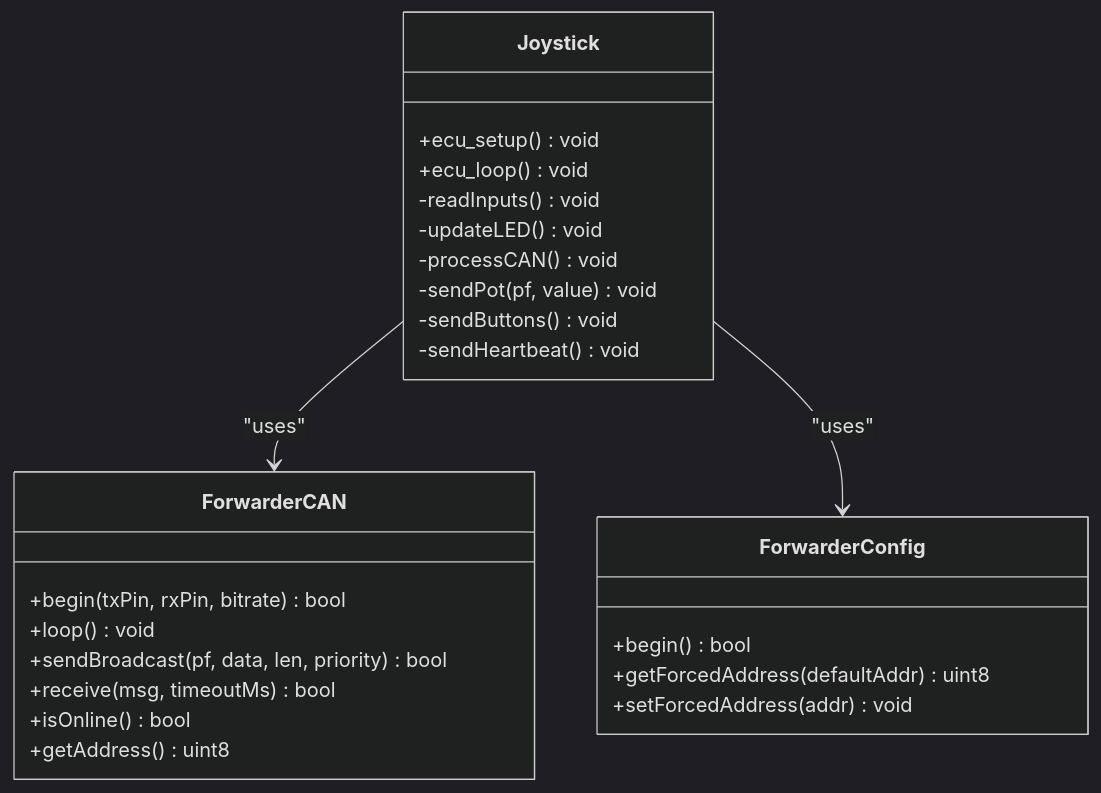
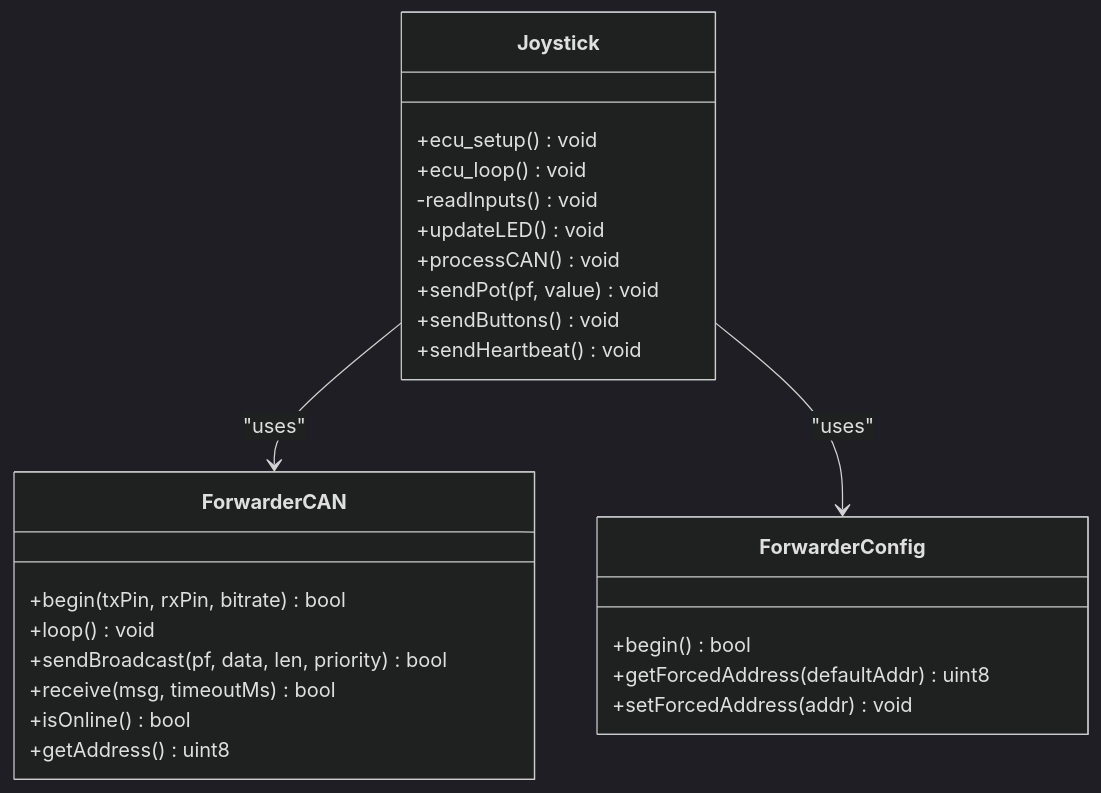
One commit to gunicsba/ESP_CAN_ECU_joystick_collection changed the fifth of 8 diagrams in .qoder/repowiki/en/content/Software Architecture/Build System Configuration.md. Above: the diagram before and after it, drawn with Mermaid (dark theme). The commit also changed other lines of this file and 10 other files, not shown here.

````diff
--- a/.qoder/repowiki/en/content/Software Architecture/Build System Configuration.md
+++ b/.qoder/repowiki/en/content/Software Architecture/Build System Configuration.md
@@ -333,28 +331,28 @@
 ```mermaid
 classDiagram
 class ForwarderCAN {
 +begin(txPin, rxPin, bitrate) bool
 +loop() void
 +sendBroadcast(pf, data, len, priority) bool
 +receive(msg, timeoutMs) bool
 +isOnline() bool
 +getAddress() uint8
 }
 class ForwarderConfig {
 +begin() bool
 +getForcedAddress(defaultAddr) uint8
 +setForcedAddress(addr) void
 }
 class Joystick {
 +ecu_setup() void
 +ecu_loop() void
 -readInputs() void
--updateLED() void
--processCAN() void
--sendPot(pf, value) void
--sendButtons() void
--sendHeartbeat() void
++updateLED() void
++processCAN() void
++sendPot(pf, value) void
++sendButtons() void
++sendHeartbeat() void
 }
 Joystick --> ForwarderCAN : "uses"
 Joystick --> ForwarderConfig : "uses"
 ```
````
